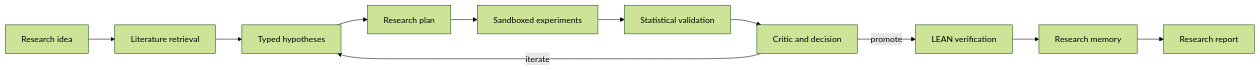
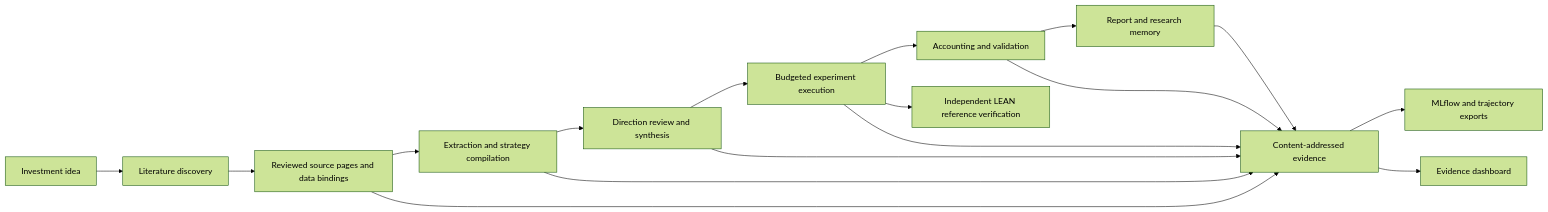
One commit to chinmayarvind23/factor-forge changed the diagram in README.md. Above: the diagram before and after it, drawn with Mermaid (forest theme). The commit also changed other lines of this file and 4 other files, not shown here.

````diff
--- a/README.md
+++ b/README.md
@@ -74,13 +79,14 @@
 ```mermaid
 flowchart LR
-    I[Research idea] --> L[Literature retrieval]
-    L --> H[Typed hypotheses]
-    H --> P[Research plan]
-    P --> E[Sandboxed experiments]
-    E --> V[Statistical validation]
-    V --> C[Critic and decision]
-    C -->|iterate| H
-    C -->|promote| Q[LEAN verification]
-    Q --> M[Research memory]
-    M --> R[Research report]
+    A[Investment idea] --> B[Literature discovery]
+    B --> C[Reviewed source pages and data bindings]
+    C --> D[Extraction and strategy compilation]
+    D --> E[Direction review and synthesis]
+    E --> F[Budgeted experiment execution]
+    F --> G[Accounting and validation]
+    G --> H[Report and research memory]
+    F --> I[Independent LEAN reference verification]
+    C & D & E & F & G & H --> J[Content-addressed evidence]
+    J --> K[MLflow and trajectory exports]
+    J --> L[Evidence dashboard]
 ```
````
